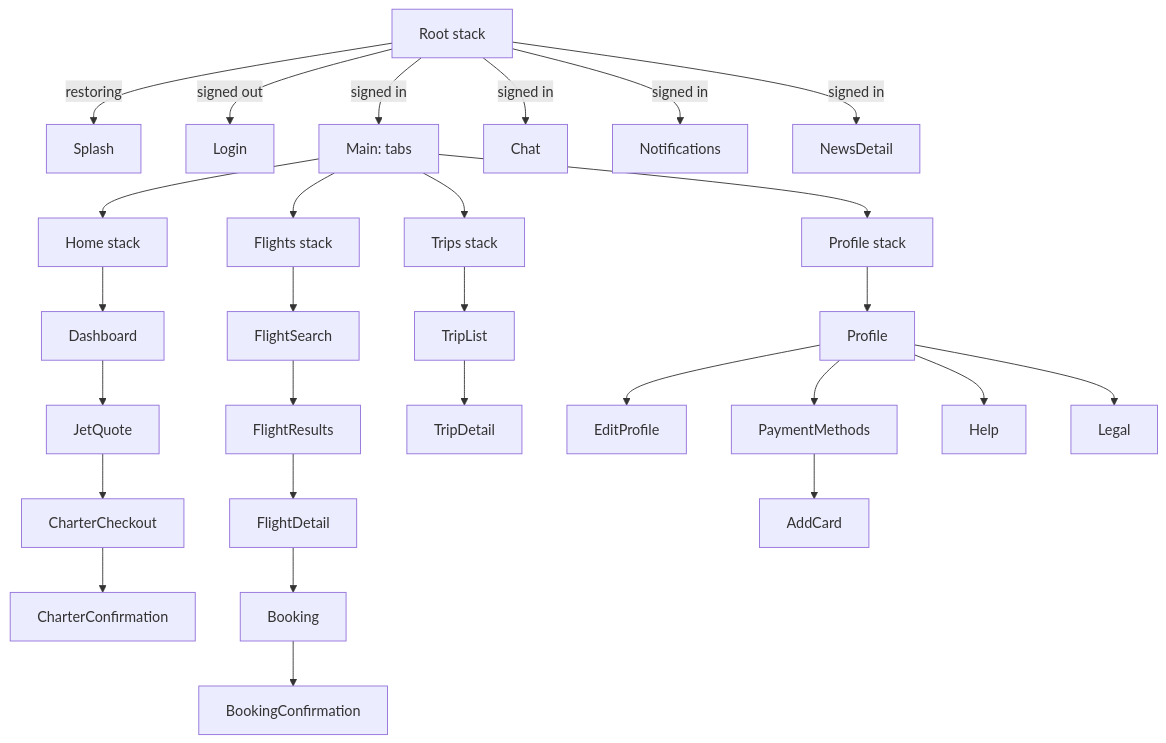
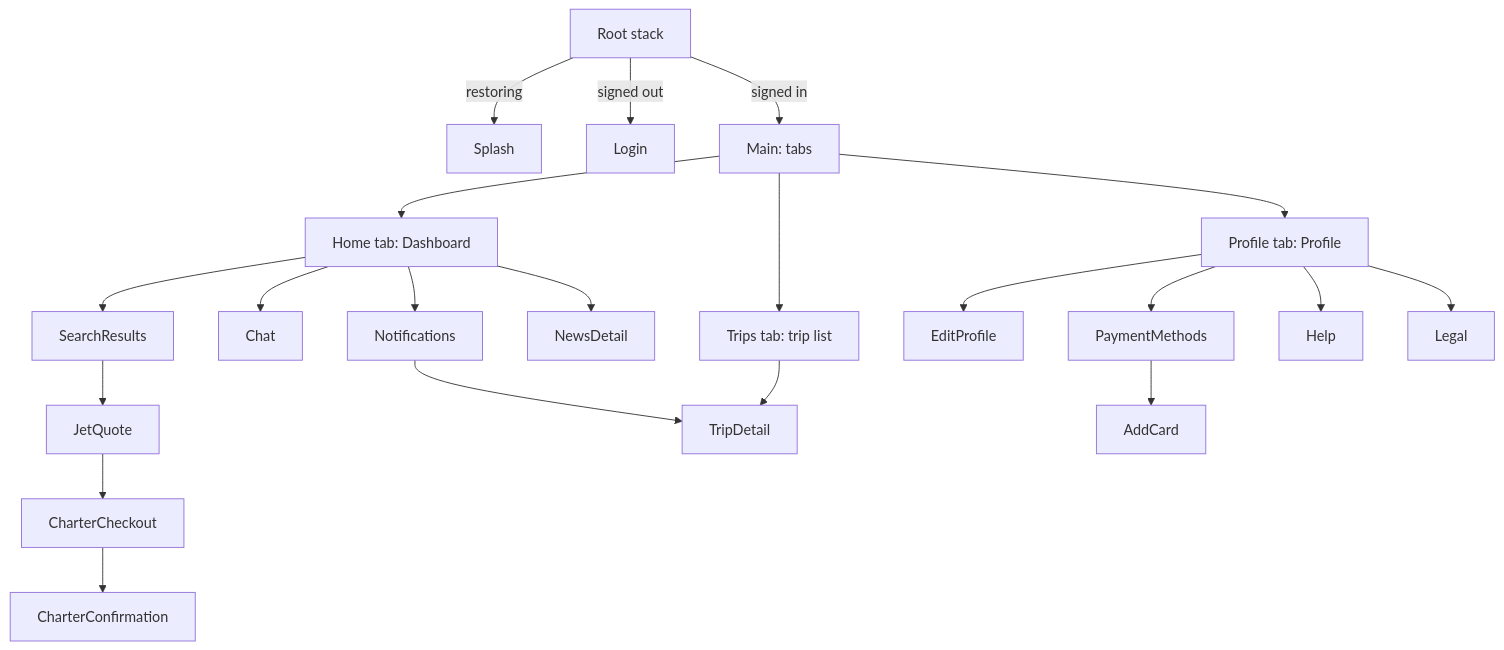
One commit to DAMHONGDUC/private-jet changed the diagram in feature-docs/app/README.md. Above: the diagram before and after it, drawn with Mermaid. The commit also changed other lines of this file, not shown here.

````diff
--- a/feature-docs/app/README.md
+++ b/feature-docs/app/README.md
@@ -7,22 +7,20 @@
 ```mermaid
 flowchart TD
   Root[Root stack] -->|restoring| Splash
   Root -->|signed out| Login
   Root -->|signed in| Main[Main: tabs]
-  Root -->|signed in| Chat
-  Root -->|signed in| Notifications
-  Root -->|signed in| NewsDetail
 
-  Main --> Home[Home stack]
-  Main --> Flights[Flights stack]
-  Main --> Trips[Trips stack]
-  Main --> Profile[Profile stack]
+  Main --> Dashboard[Home tab: Dashboard]
+  Main --> TripList[Trips tab: trip list]
+  Main --> ProfileHome[Profile tab: Profile]
 
-  Home --> Dashboard --> JetQuote --> CharterCheckout --> CharterConfirmation
-  Flights --> FlightSearch --> FlightResults --> FlightDetail --> Booking --> BookingConfirmation
-  Trips --> TripList --> TripDetail
-  Profile --> ProfileHome[Profile] --> EditProfile
+  Dashboard --> SearchResults --> JetQuote --> CharterCheckout --> CharterConfirmation
+  Dashboard --> Chat
+  Dashboard --> Notifications --> TripDetail
+  Dashboard --> NewsDetail
+  TripList --> TripDetail
+  ProfileHome --> EditProfile
   ProfileHome --> PaymentMethods --> AddCard
   ProfileHome --> Help
   ProfileHome --> Legal
 ```
````
